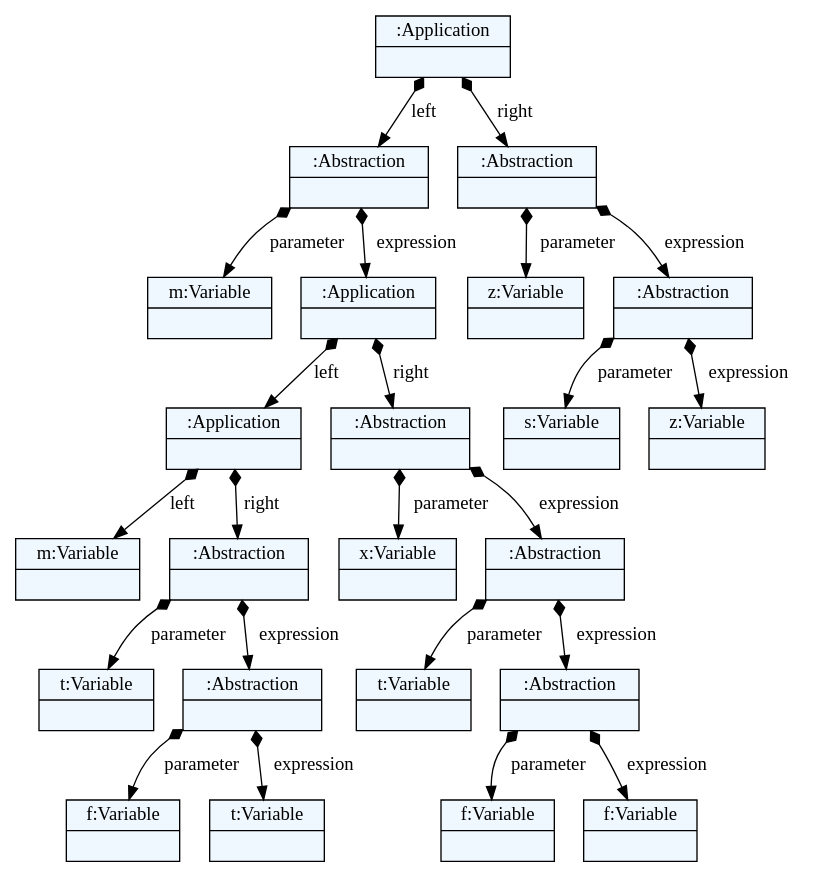
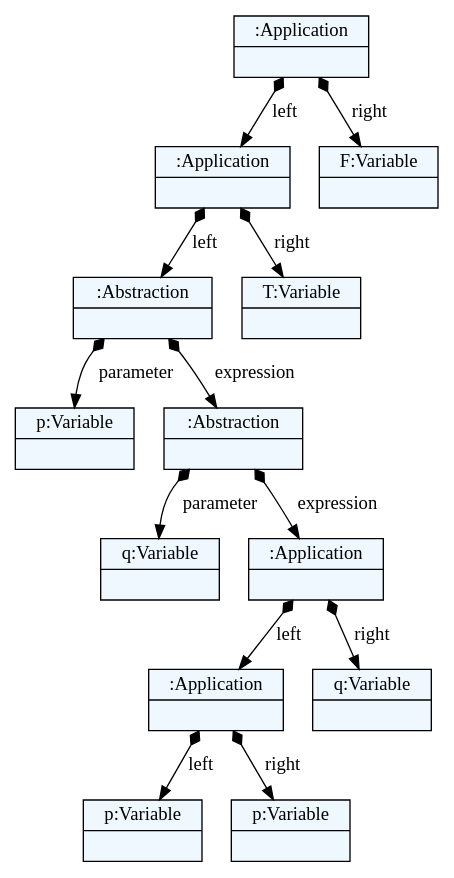
Before and after one commit to pavleglusac/lambda-calculus: the diagram in language/models/model0.dot, drawn with Graphviz. The commit also changed 22 other files, not shown here.

```diff
--- a/language/models/model0.dot
+++ b/language/models/model0.dot
@@ -1,60 +1,40 @@
 
     digraph textX {
     fontname = "Bitstream Vera Sans"
     fontsize = 8
     node[
         shape=record,
         style=filled,
         fillcolor=aliceblue
     ]
     nodesep = 0.3
     edge[dir=black,arrowtail=empty]
 
 
-1953379351280 -> 1953379351328 [label="left" arrowtail=diamond dir=both]
-1953379351328 -> 1953379351088 [label="parameter" arrowtail=diamond dir=both]
-1953379351088[label="{m:Variable|}"]
-1953379351328 -> 1953379350944 [label="expression" arrowtail=diamond dir=both]
-1953379350944 -> 1953379350800 [label="left" arrowtail=diamond dir=both]
-1953379350800 -> 1953379345136 [label="left" arrowtail=diamond dir=both]
-1953379345136[label="{m:Variable|}"]
-1953379350800 -> 1953379351616 [label="right" arrowtail=diamond dir=both]
-1953379351616 -> 1953379351712 [label="parameter" arrowtail=diamond dir=both]
-1953379351712[label="{t:Variable|}"]
-1953379351616 -> 1953379351808 [label="expression" arrowtail=diamond dir=both]
-1953379351808 -> 1953379351904 [label="parameter" arrowtail=diamond dir=both]
-1953379351904[label="{f:Variable|}"]
-1953379351808 -> 1953379351952 [label="expression" arrowtail=diamond dir=both]
-1953379351952[label="{t:Variable|}"]
-1953379351808[label="{:Abstraction|}"]
-1953379351616[label="{:Abstraction|}"]
-1953379350800[label="{:Application|}"]
-1953379350944 -> 1953379351856 [label="right" arrowtail=diamond dir=both]
-1953379351856 -> 1953379351664 [label="parameter" arrowtail=diamond dir=both]
-1953379351664[label="{x:Variable|}"]
-1953379351856 -> 1953379345088 [label="expression" arrowtail=diamond dir=both]
-1953379345088 -> 1953379343888 [label="parameter" arrowtail=diamond dir=both]
-1953379343888[label="{t:Variable|}"]
-1953379345088 -> 1953379343552 [label="expression" arrowtail=diamond dir=both]
-1953379343552 -> 1953379344464 [label="parameter" arrowtail=diamond dir=both]
-1953379344464[label="{f:Variable|}"]
-1953379343552 -> 1953379344416 [label="expression" arrowtail=diamond dir=both]
-1953379344416[label="{f:Variable|}"]
-1953379343552[label="{:Abstraction|}"]
-1953379345088[label="{:Abstraction|}"]
-1953379351856[label="{:Abstraction|}"]
-1953379350944[label="{:Application|}"]
-1953379351328[label="{:Abstraction|}"]
-1953379351280 -> 1953379351376 [label="right" arrowtail=diamond dir=both]
-1953379351376 -> 1953379351472 [label="parameter" arrowtail=diamond dir=both]
-1953379351472[label="{z:Variable|}"]
-1953379351376 -> 1953379352000 [label="expression" arrowtail=diamond dir=both]
-1953379352000 -> 1953379344608 [label="parameter" arrowtail=diamond dir=both]
-1953379344608[label="{s:Variable|}"]
-1953379352000 -> 1953379344656 [label="expression" arrowtail=diamond dir=both]
-1953379344656[label="{z:Variable|}"]
-1953379352000[label="{:Abstraction|}"]
-1953379351376[label="{:Abstraction|}"]
-1953379351280[label="{:Application|}"]
+2196313705392 -> 2196313704528 [label="left" arrowtail=diamond dir=both]
+2196313704528 -> 2196313703952 [label="left" arrowtail=diamond dir=both]
+2196313703952 -> 2196304420576 [label="parameter" arrowtail=diamond dir=both]
+2196304420576[label="{p:Variable|}"]
+2196313703952 -> 2196304416928 [label="expression" arrowtail=diamond dir=both]
+2196304416928 -> 2196304418608 [label="parameter" arrowtail=diamond dir=both]
+2196304418608[label="{q:Variable|}"]
+2196304416928 -> 2196304417024 [label="expression" arrowtail=diamond dir=both]
+2196304417024 -> 2196304418560 [label="left" arrowtail=diamond dir=both]
+2196304418560 -> 2196304420720 [label="left" arrowtail=diamond dir=both]
+2196304420720[label="{p:Variable|}"]
+2196304418560 -> 2196304420624 [label="right" arrowtail=diamond dir=both]
+2196304420624[label="{p:Variable|}"]
+2196304418560[label="{:Application|}"]
+2196304417024 -> 2196304420336 [label="right" arrowtail=diamond dir=both]
+2196304420336[label="{q:Variable|}"]
+2196304417024[label="{:Application|}"]
+2196304416928[label="{:Abstraction|}"]
+2196313703952[label="{:Abstraction|}"]
+2196313704528 -> 2196313706064 [label="right" arrowtail=diamond dir=both]
+2196313706064[label="{T:Variable|}"]
+2196313704528[label="{:Application|}"]
+2196313705392 -> 2196313704432 [label="right" arrowtail=diamond dir=both]
+2196313704432[label="{F:Variable|}"]
+2196313705392[label="{:Application|}"]
 
 }
```
